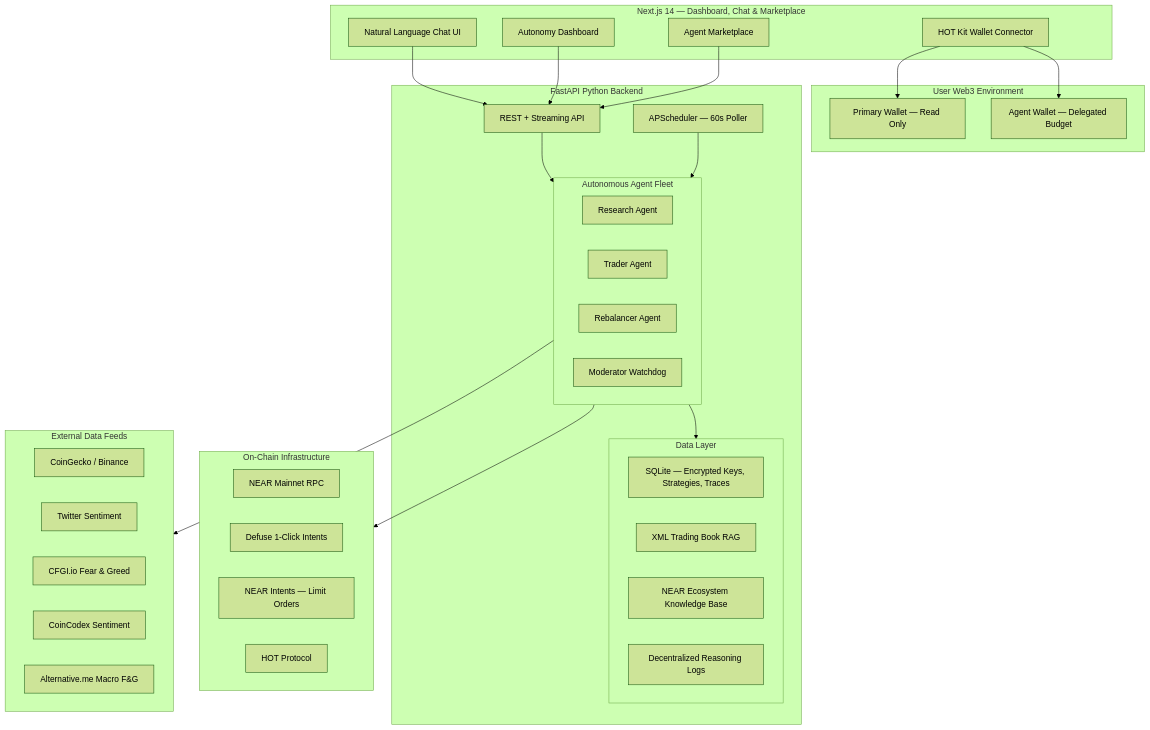
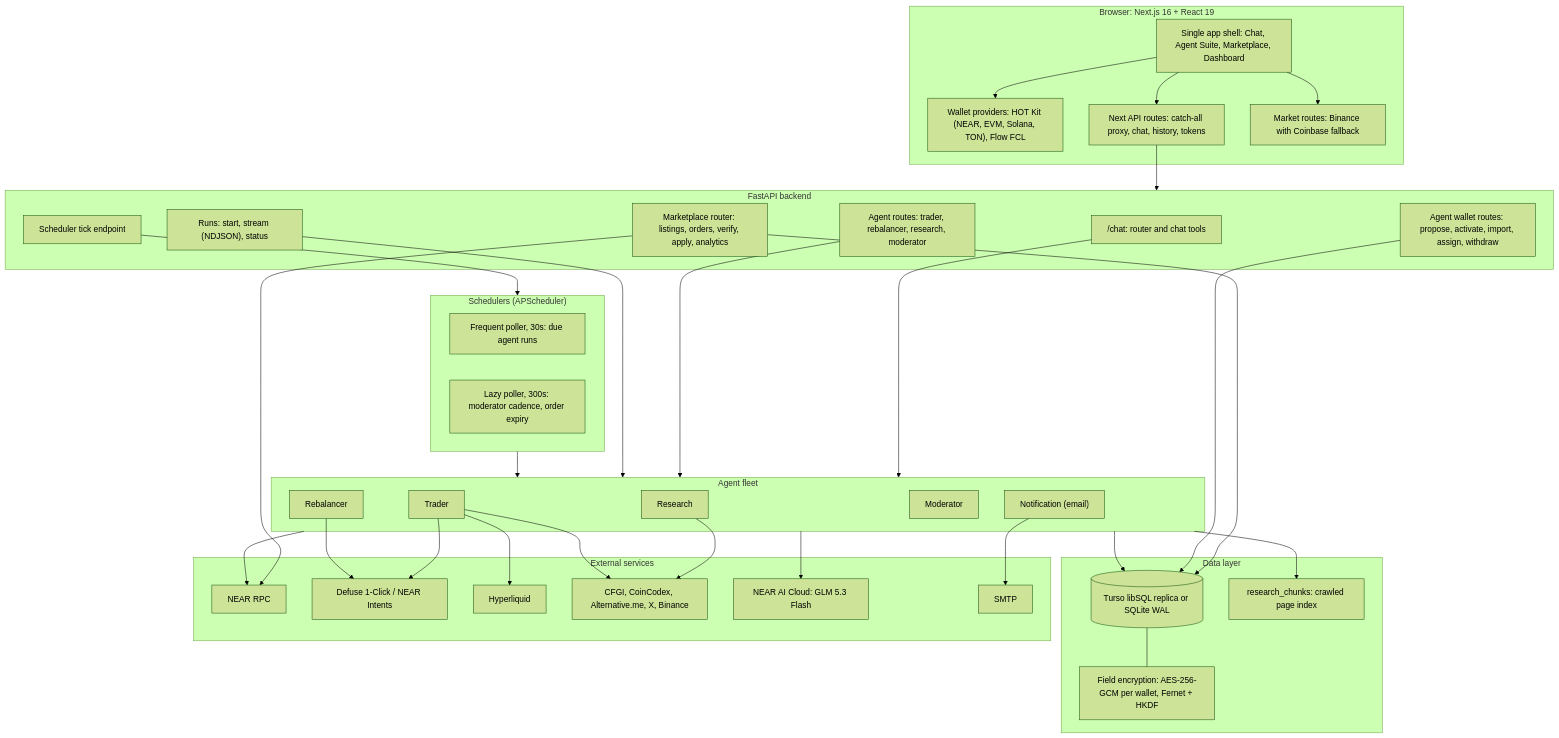
One commit to TheDarrk/N-agent changed the first of 11 diagrams in README.md. Above: the diagram before and after it, drawn with Mermaid (forest theme). The commit also changed other lines of this file and 6 other files, not shown here.

````diff
--- a/README.md
+++ b/README.md
@@ -42,58 +72,69 @@
 ```mermaid
-graph TD
-    subgraph Frontend["Next.js 14 — Dashboard, Chat & Marketplace"]
-        Chat["Natural Language Chat UI"]
-        Dash["Autonomy Dashboard"]
-        Market["Agent Marketplace"]
-        HotKit["HOT Kit Wallet Connector"]
+flowchart TB
+    subgraph Client["Browser: Next.js 16 + React 19"]
+        Shell["Single app shell: Chat, Agent Suite, Marketplace, Dashboard"]
+        Wallets["Wallet providers: HOT Kit (NEAR, EVM, Solana, TON), Flow FCL"]
+        Proxy["Next API routes: catch-all proxy, chat, history, tokens"]
+        MarketRoutes["Market routes: Binance with Coinbase fallback"]
     end
 
-    subgraph Wallets["User Web3 Environment"]
-        Primary["Primary Wallet — Read Only"]
-        Agent["Agent Wallet — Delegated Budget"]
+    subgraph API["FastAPI backend"]
+        Chat["/chat: router and chat tools"]
+        AgentAPI["Agent routes: trader, rebalancer, research, moderator"]
+        MarketAPI["Marketplace router: listings, orders, verify, apply, analytics"]
+        WalletAPI["Agent wallet routes: propose, activate, import, assign, withdraw"]
+        RunAPI["Runs: start, stream (NDJSON), status"]
+        Tick["Scheduler tick endpoint"]
     end
 
-    subgraph Backend["FastAPI Python Backend"]
-        API["REST + Streaming API"]
-        Scheduler["APScheduler — 60s Poller"]
-        subgraph AgentFleet["Autonomous Agent Fleet"]
-            ResearchA["Research Agent"]
-            TraderA["Trader Agent"]
-            RebalancerA["Rebalancer Agent"]
-            ModeratorA["Moderator Watchdog"]
-        end
-        subgraph Data["Data Layer"]
-            SQLite["SQLite — Encrypted Keys, Strategies, Traces"]
-            RAG["XML Trading Book RAG"]
-            KBase["NEAR Ecosystem Knowledge Base"]
-            Logs["Decentralized Reasoning Logs"]
-        end
+    subgraph Sched["Schedulers (APScheduler)"]
+        Fast["Frequent poller, 30s: due agent runs"]
+        Lazy["Lazy poller, 300s: moderator cadence, order expiry"]
     end
 
-    subgraph OnChain["On-Chain Infrastructure"]
-        NEAR["NEAR Mainnet RPC"]
-        Defuse["Defuse 1-Click Intents"]
-        Intents["NEAR Intents — Limit Orders"]
-        HotPay["HOT Protocol"]
+    subgraph Agents["Agent fleet"]
+        R["Research"]
+        T["Trader"]
+        B["Rebalancer"]
+        M["Moderator"]
+        N["Notification (email)"]
     end
 
-    subgraph DataFeeds["External Data Feeds"]
-        CoinGecko["CoinGecko / Binance"]
-        Twitter["Twitter Sentiment"]
-        CFGI["CFGI.io Fear & Greed"]
-        CoinCodex["CoinCodex Sentiment"]
-        AltMe["Alternative.me Macro F&G"]
+    subgraph Data["Data layer"]
+        DB[("Turso libSQL replica or SQLite WAL")]
+        Enc["Field encryption: AES-256-GCM per wallet, Fernet + HKDF"]
+        Chunks["research_chunks: crawled page index"]
     end
 
-    Chat --> API
-    Dash --> API
-    Market --> API
-    HotKit --> Primary
-    HotKit --> Agent
+    subgraph Ext["External services"]
+        NEAR["NEAR RPC"]
+        OneClick["Defuse 1-Click / NEAR Intents"]
+        HL["Hyperliquid"]
+        Feeds["CFGI, CoinCodex, Alternative.me, X, Binance"]
+        LLM["NEAR AI Cloud: GLM 5.3 Flash"]
+        SMTP["SMTP"]
+    end
 
-    API --> AgentFleet
-    Scheduler --> AgentFleet
-    AgentFleet --> Data
-    AgentFleet --> OnChain
-    AgentFleet --> DataFeeds
+    Shell --> Proxy --> API
+    Shell --> MarketRoutes
+    Shell --> Wallets
+    Chat --> Agents
+    AgentAPI --> Agents
+    RunAPI --> Agents
+    Tick --> Sched
+    Sched --> Agents
+    Agents --> DB
+    Agents --> Chunks
+    DB --- Enc
+    MarketAPI --> DB
+    MarketAPI --> NEAR
+    WalletAPI --> DB
+    T --> OneClick
+    T --> HL
+    B --> OneClick
+    R --> Feeds
+    T --> Feeds
+    Agents --> LLM
+    N --> SMTP
+    Agents --> NEAR
 ```
````
